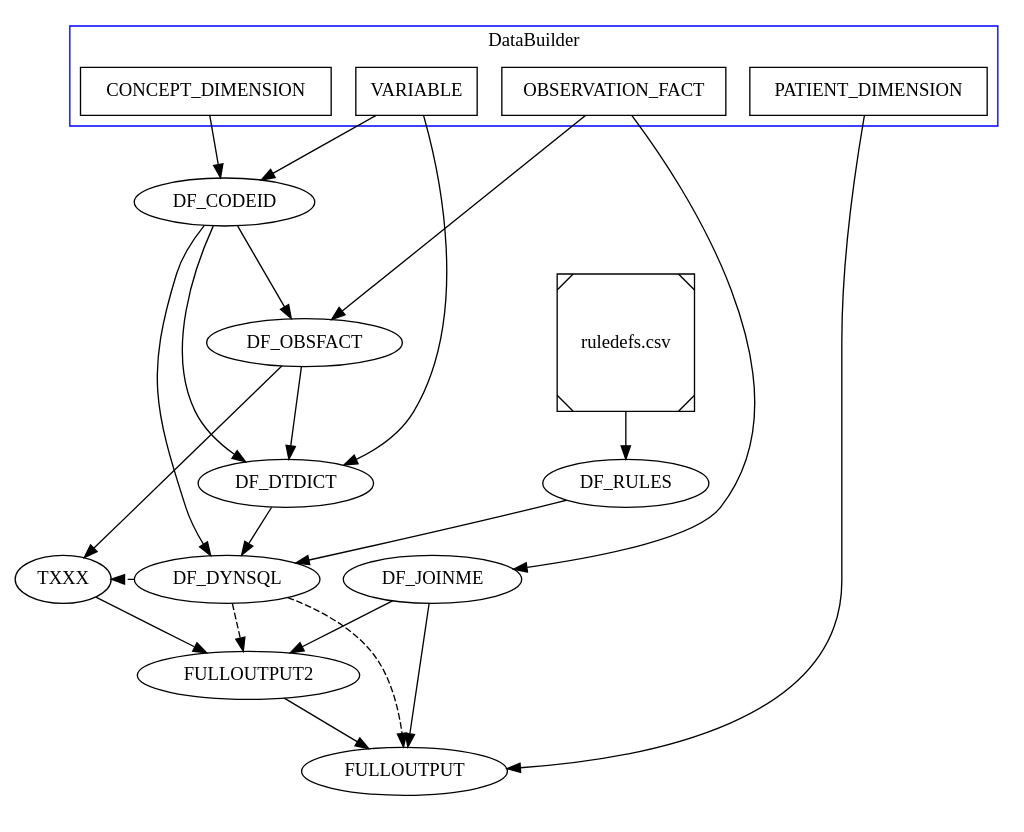
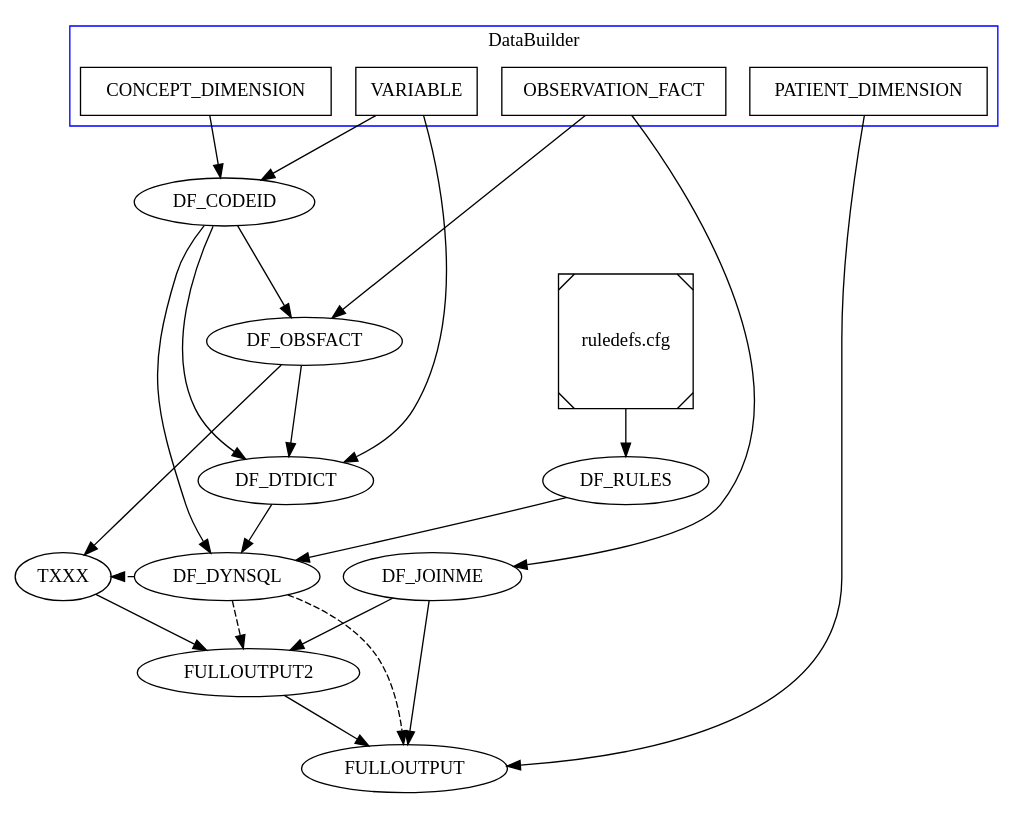
The diagram in docs/df_tables.dot (UTHSCSA-CIRD/datafinisher), drawn with Graphviz before and after one commit.

Commit message:
...and the one in df_tables.dot

```diff
--- a/docs/df_tables.dot
+++ b/docs/df_tables.dot
@@ -1,20 +1,20 @@
 digraph df {
 subgraph cluster_db {label=DataBuilder; color=blue; node [shape=rectangle]; OBSERVATION_FACT; CONCEPT_DIMENSION; PATIENT_DIMENSION; VARIABLE; }
 subgraph cluster_df {label=DataFinisher; style=invis; DF_JOINME; DF_CODEID; DF_OBSFACT; DF_DYNSQL; DF_DTDICT; FULLOUTPUT2; FULLOUTPUT;}
-DF_RULES_FILE [label="ruledefs.csv",shape=Msquare];
+DF_RULES_FILE [label="ruledefs.cfg",shape=Msquare];
 DF_RULES_FILE -> DF_RULES;
 OBSERVATION_FACT -> {DF_OBSFACT DF_JOINME}; 
 VARIABLE -> {DF_CODEID DF_DTDICT}; 
 CONCEPT_DIMENSION -> DF_CODEID;
 PATIENT_DIMENSION -> FULLOUTPUT;
 DF_RULES -> DF_DYNSQL;
 DF_CODEID -> { DF_OBSFACT DF_DTDICT DF_DYNSQL};
 DF_DTDICT -> DF_DYNSQL;
 DF_OBSFACT -> DF_DTDICT;
 DF_OBSFACT -> TXXX;
 DF_JOINME -> FULLOUTPUT2;
 DF_JOINME -> FULLOUTPUT;
 TXXX -> FULLOUTPUT2 -> FULLOUTPUT;
 DF_DYNSQL -> {TXXX FULLOUTPUT2 FULLOUTPUT} [style=dashed];
 
 }
```
